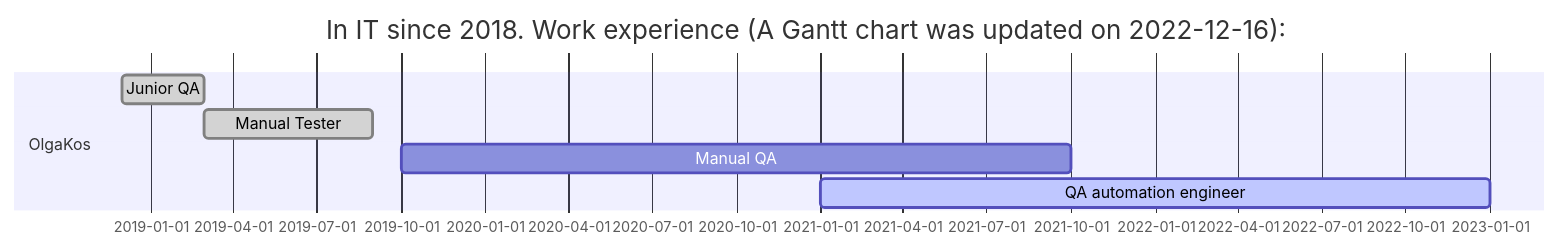
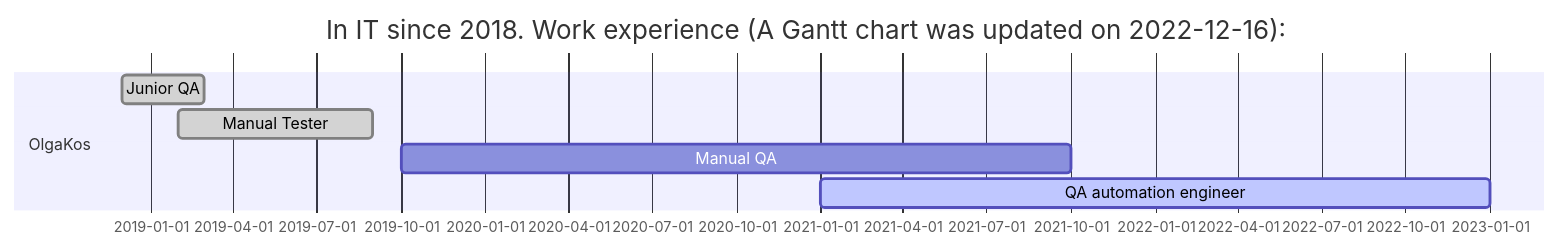
One commit to olgakos/olgakos changed the diagram in README.md. Above: the diagram before and after it, drawn with Mermaid. The commit also changed other lines of this file, not shown here.

````diff
--- a/README.md
+++ b/README.md
@@ -13,10 +12,10 @@
 ```mermaid
   gantt 
     title In IT since 2018. Work experience (A Gantt chart was updated on 2022-12-16):
     dateFormat  YYYY-MM
     section OlgaKos
     Junior QA         :done, 2018-12, 90d
-    Manual Tester	  :done, 2019-03, 2019-09
+    Manual Tester	  :done, 2019-02, 2019-09
     Manual QA         :after, 2019-10, 2021-10
     QA automation engineer     :active, 2021-01, 2023-01
 ```
````
